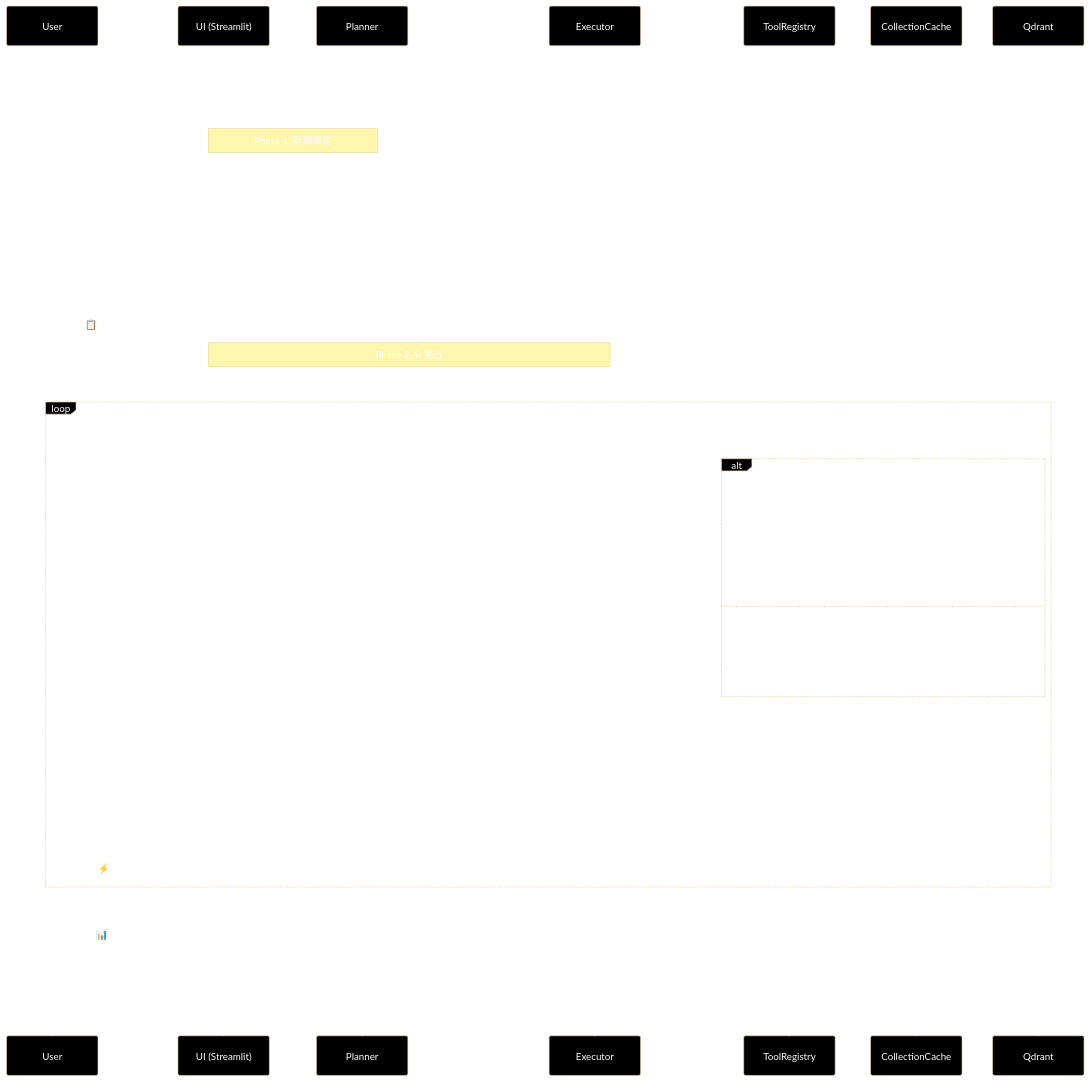
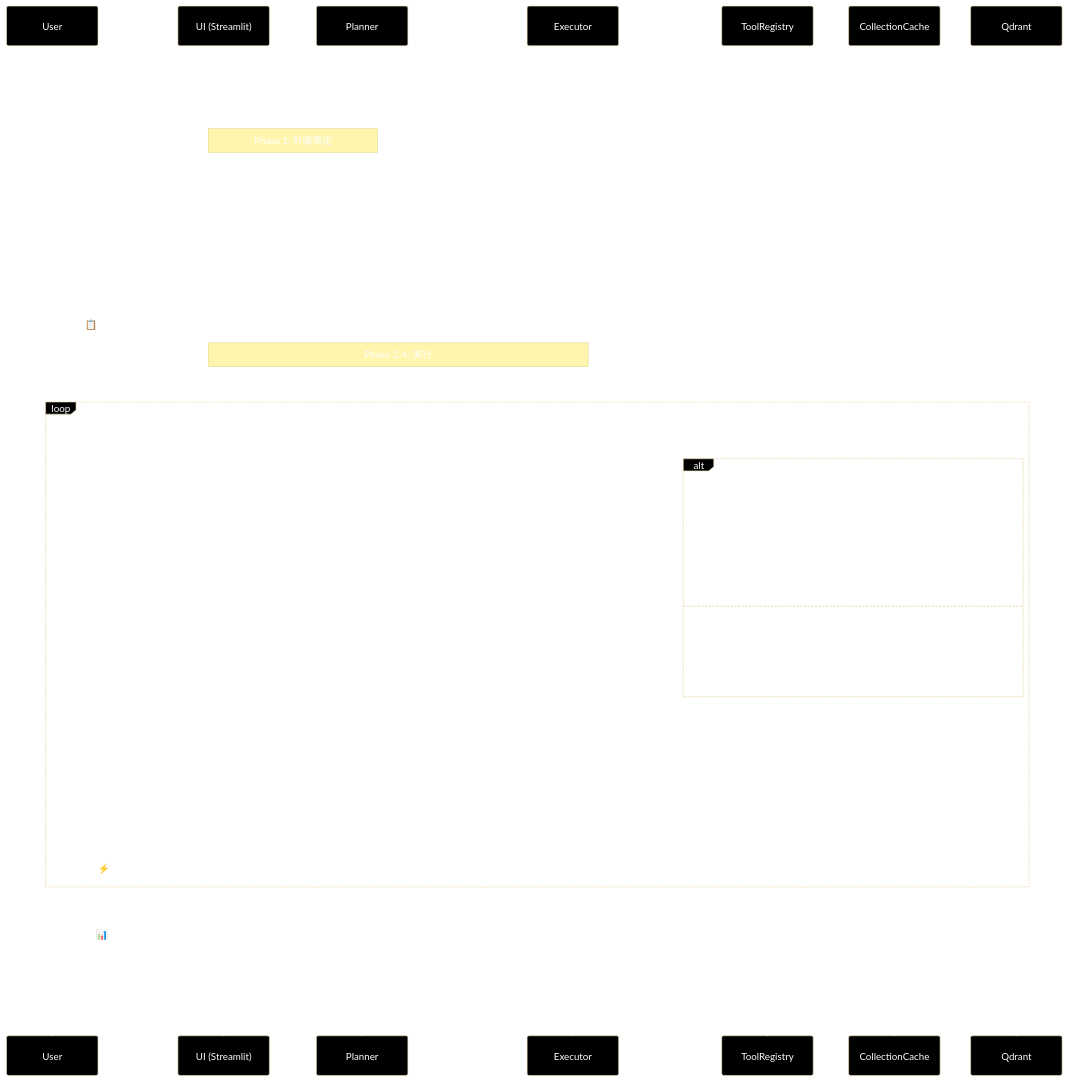
One commit to nakashima2toshio/ollama_grace_agent_v2 changed the eighth of 13 diagrams in readme_autonomous_agent.md. Above: the diagram before and after it, drawn with Mermaid. The commit also changed other lines of this file and 5 other files, not shown here.

First line of the commit message:
docs(readme): Ollama ネイティブ化（README*.md の Anthropic/Gemini/OpenAI 表記を統一）

````diff
--- a/readme_autonomous_agent.md
+++ b/readme_autonomous_agent.md
@@ -674,51 +674,51 @@
 ```mermaid
 %%{ init: { "theme": "base", "themeVariables": {"background": "#000000", "mainBkg": "#000000","textColor": "#ffffff", "lineColor": "#ffffff","actorBkg": "#000000", "actorTextColor": "#ffffff","actorLineColor": "#ffffff", "noteBkg": "#1a1a1a","noteTextColor": "#ffffff" } } }%%
 sequenceDiagram
     participant User as User
     participant UI as UI (Streamlit)
     participant Planner as Planner
     participant Executor as Executor
     participant Tools as ToolRegistry
     participant Cache as CollectionCache
     participant Qdrant as Qdrant
 
     User->>UI: 1. 質問入力
     UI->>UI: 2. chat_history.append(user_msg)
 
     Note over UI,Planner: Phase 1: 計画策定
 
     UI->>Planner: 3. create_plan(prompt)
     Planner->>Planner: 4. estimate_complexity(query) + _should_use_llm_plan()
-    Planner->>Planner: 5. ルールベース計画 or LLM計画生成 (generate_content / Anthropic Claude via llm_compat)
+    Planner->>Planner: 5. ルールベース計画 or LLM計画生成 (generate_content / Ollama via llm_compat)
     Planner-->>UI: 6. ExecutionPlan
     UI-->>User: 7. 📋 計画策定 Expander 表示
 
     Note over UI,Executor: Phase 2-4: 実行
 
     UI->>Executor: 8. execute_plan_generator(plan)
 
     loop 各ステップ (Generator)
         Executor->>Tools: 9. ToolRegistry.execute(action, args)
 
         alt rag_search
             Tools->>Cache: 10. キャッシュ確認
             Cache-->>Tools: 11. キャッシュ結果
             Tools->>Qdrant: 12. 検索実行 (全コレクション順次)
             Qdrant-->>Tools: 13. 検索結果
         else reasoning
-            Tools->>Tools: 14. LLM推論 (Claude Sonnet)
+            Tools->>Tools: 14. LLM推論 (Ollama / gemma4:e4b)
         end
 
         Tools-->>Executor: 15. ToolResult
         Executor->>Executor: 16. Confidence評価
         Executor->>Executor: 17. Intervention判定
 
         Executor-->>UI: 18. yield ExecutionState / dict
         UI-->>User: 19. ⚡ 実行 Expander 更新
     end
 
     Executor-->>UI: 20. return ExecutionResult (StopIteration)
     UI-->>User: 21. 📊 実行結果サマリ表示
     UI-->>User: 22. 最終回答表示
     UI->>UI: 23. chat_history.append(assistant_msg)
 ```
````
